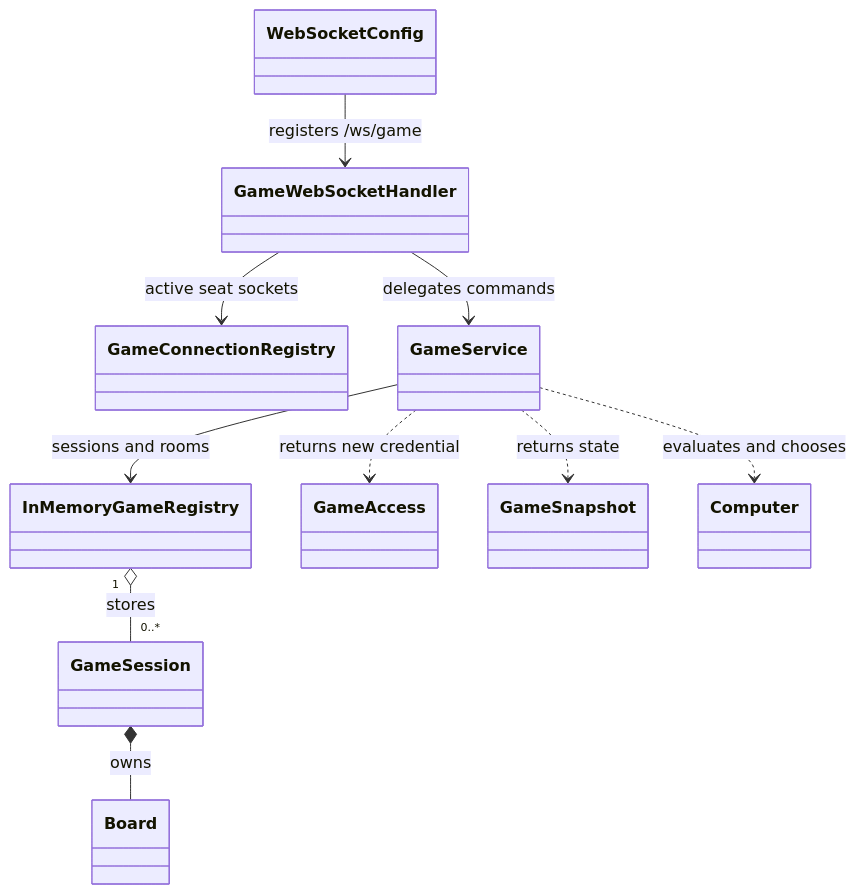
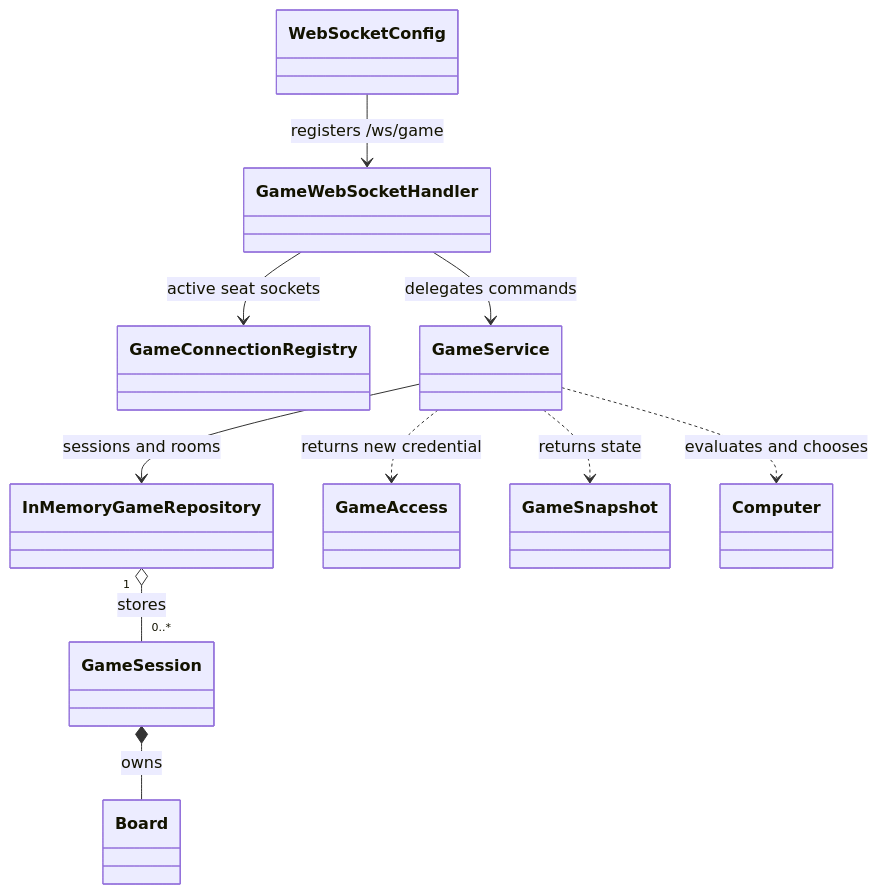
One commit to blam135/Connect-4-Game changed the second of 3 diagrams in docs/backend-design.md. Above: the diagram before and after it, drawn with Mermaid. The commit also changed other lines of this file and 17 other files, not shown here.

````diff
--- a/docs/backend-design.md
+++ b/docs/backend-design.md
@@ -47,23 +59,23 @@
 ```mermaid
 classDiagram
     class WebSocketConfig
     class GameWebSocketHandler
     class GameConnectionRegistry
     class GameService
-    class InMemoryGameRegistry
+    class InMemoryGameRepository
     class GameSession
     class GameAccess
     class GameSnapshot
     class Board
     class Computer
 
     WebSocketConfig --> GameWebSocketHandler : registers /ws/game
     GameWebSocketHandler --> GameConnectionRegistry : active seat sockets
     GameWebSocketHandler --> GameService : delegates commands
-    GameService --> InMemoryGameRegistry : sessions and rooms
-    InMemoryGameRegistry "1" o-- "0..*" GameSession : stores
+    GameService --> InMemoryGameRepository : sessions and rooms
+    InMemoryGameRepository "1" o-- "0..*" GameSession : stores
     GameSession *-- Board : owns
     GameService ..> Computer : evaluates and chooses
     GameService ..> GameAccess : returns new credential
     GameService ..> GameSnapshot : returns state
 ```
````
